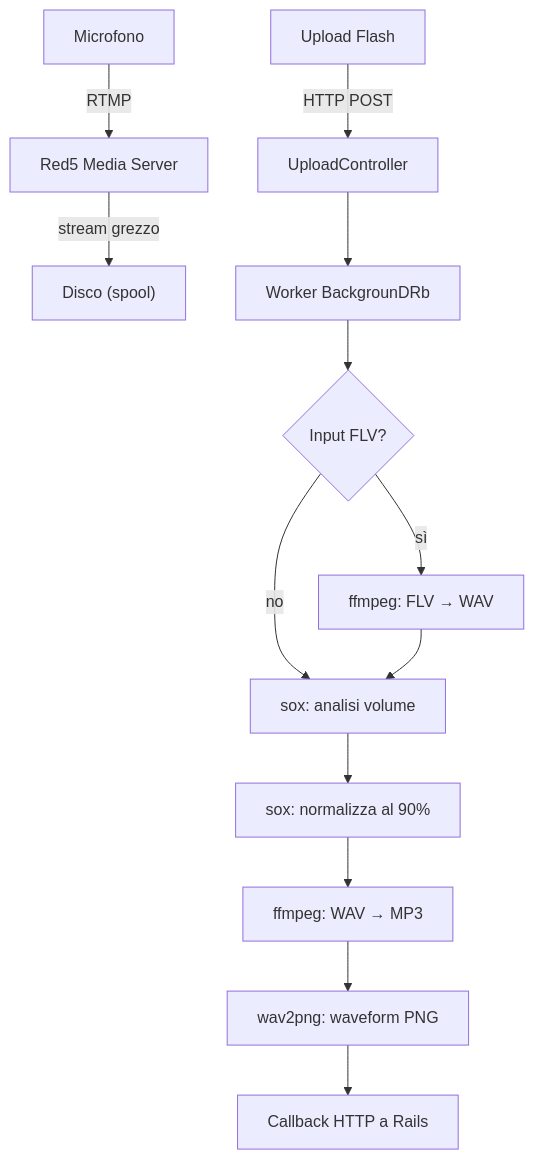
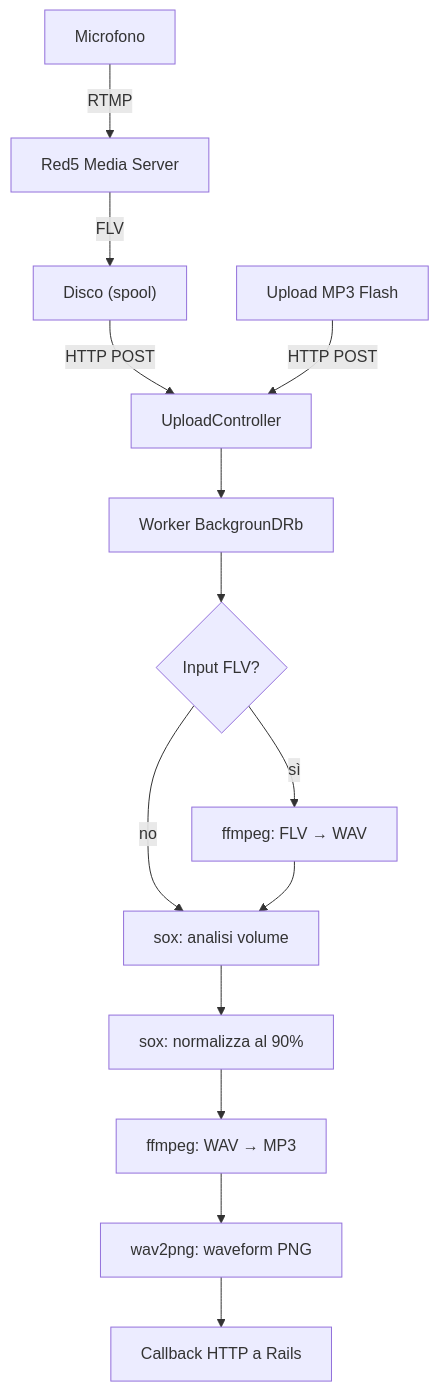
One commit to vjt/sindro.me changed the diagram in content/posts/2010-10-18-myousica-from-microphone-to-mp3/index.it.md. Above: the diagram before and after it, drawn with Mermaid. The commit also changed 1 other file, not shown here.

Commit message:
Fix pipeline diagram: connect Red5 spool to UploadController
The FLV from microphone recording flows from Red5 → disk spool →
UploadController, not into a dead end.

````diff
--- a/content/posts/2010-10-18-myousica-from-microphone-to-mp3/index.it.md
+++ b/content/posts/2010-10-18-myousica-from-microphone-to-mp3/index.it.md
@@ -18,15 +18,16 @@
 ```mermaid
 graph TD
     MIC["Microfono"] -->|RTMP| RED5["Red5 Media Server"]
-    RED5 -->|stream grezzo| DISK["Disco (spool)"]
-    UPLOAD["Upload Flash"] -->|HTTP POST| UC["UploadController"]
+    RED5 -->|FLV| DISK["Disco (spool)"]
+    DISK -->|HTTP POST| UC["UploadController"]
+    UPLOAD["Upload MP3 Flash"] -->|HTTP POST| UC
     UC --> BG["Worker BackgrounDRb"]
     BG --> FLV{"Input FLV?"}
     FLV -->|sì| WAV1["ffmpeg: FLV → WAV"]
     FLV -->|no| ANALYZE
     WAV1 --> ANALYZE["sox: analisi volume"]
     ANALYZE --> NORM["sox: normalizza al 90%"]
     NORM --> ENCODE["ffmpeg: WAV → MP3"]
     ENCODE --> WAVE["wav2png: waveform PNG"]
     WAVE --> CALLBACK["Callback HTTP a Rails"]
 ```
````
